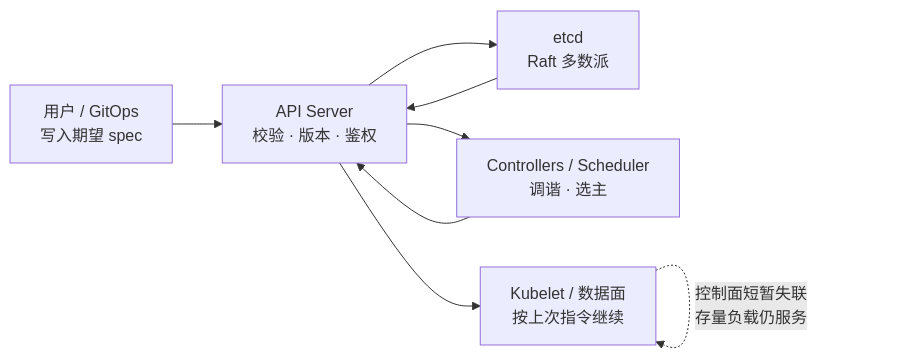
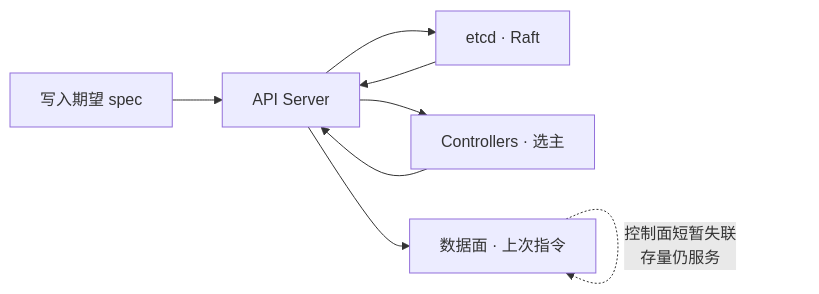
Before and after one commit to xiaxinyu/knowledge_base: the second of 3 diagrams in kubernetes-design-philosophy.md, drawn with Mermaid. The commit also changed other lines of this file, not shown here.

Commit message:
Revise Kubernetes design philosophy document to reflect updated framework: "取势 · 明道 · 优术". Enhance clarity on key concepts and restructure sections for improved flow, emphasizing the principles of declarative convergence and layered high availability.

````diff
--- a/kubernetes-design-philosophy.md
+++ b/kubernetes-design-philosophy.md
@@ -228,15 +237,13 @@
 ```mermaid
 flowchart LR
-  User["用户 / GitOps<br/>写入期望 spec"]
-  API["API Server<br/>校验 · 版本 · 鉴权"]
-  ETCD["etcd<br/>Raft 多数派"]
-  Ctrl["Controllers / Scheduler<br/>调谐 · 选主"]
-  Node["Kubelet / 数据面<br/>按上次指令继续"]
+  User["写入期望 spec"]
+  API["API Server"]
+  ETCD["etcd · Raft"]
+  Ctrl["Controllers · 选主"]
+  Node["数据面 · 上次指令"]
 
   User --> API --> ETCD
   ETCD --> API
-  API --> Ctrl
-  Ctrl --> API
-  API --> Node
-  Node -.->|"控制面短暂失联<br/>存量负载仍服务"| Node
+  API --> Ctrl --> API --> Node
+  Node -.->|"控制面短暂失联<br/>存量仍服务"| Node
 ```
````
